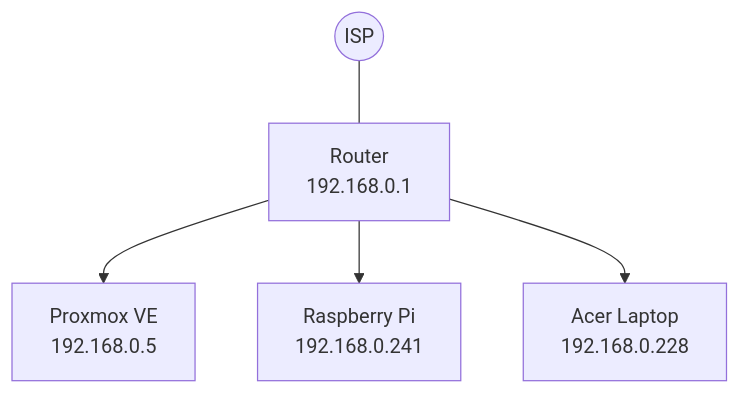
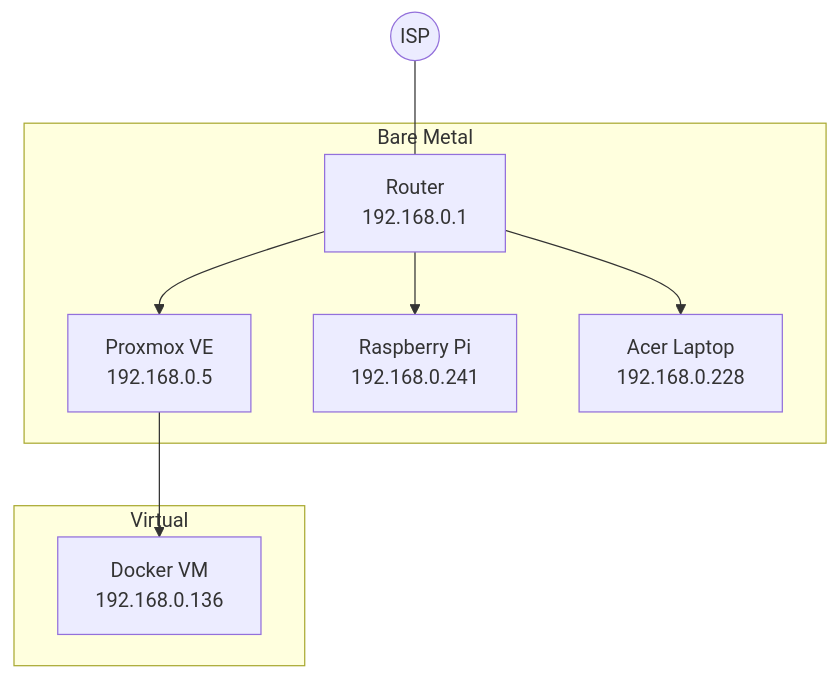
One commit to AlexSzczygielski/casa-mia-network changed the first of 2 diagrams in README.md. Above: the diagram before and after it, drawn with Mermaid. The commit also changed other lines of this file, not shown here.

Commit message:
Refactor README to improve network topology and components sections

````diff
--- a/README.md
+++ b/README.md
@@ -7,7 +7,20 @@
 ```mermaid
 graph TD
-    ISP((ISP)) --- Router[Router<br>192.168.0.1]
-    Router --> PVE[Proxmox VE<br>192.168.0.5]
-    Router --> Pi[Raspberry Pi<br>192.168.0.241]
-    Router --> Laptop[Acer Laptop<br>192.168.0.228]
+    ISP((ISP)) --- Router
+
+    subgraph BareMetal[Bare Metal]
+        Router[Router<br>192.168.0.1]
+        PVE[Proxmox VE<br>192.168.0.5]
+        Pi[Raspberry Pi<br>192.168.0.241]
+        Laptop[Acer Laptop<br>192.168.0.228]
+    end
+
+    subgraph Virtual[Virtual]
+        Docker[Docker VM<br>192.168.0.136]
+    end
+
+    Router --> PVE
+    PVE --> Docker
+    Router --> Pi
+    Router --> Laptop
 ```
````
